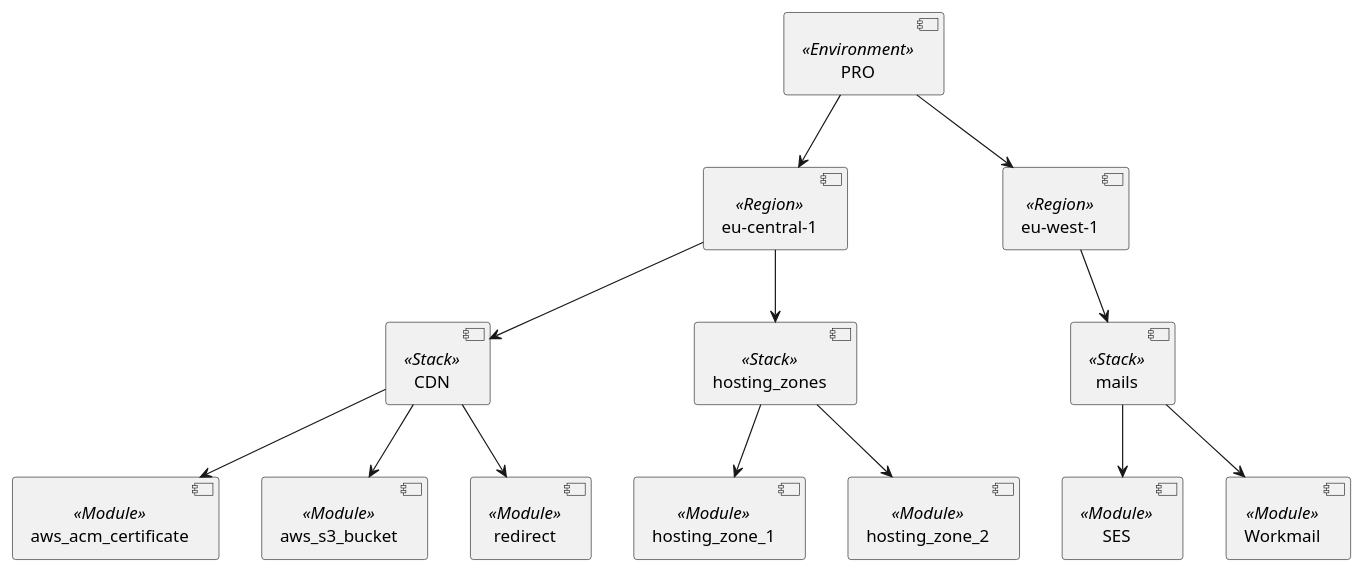
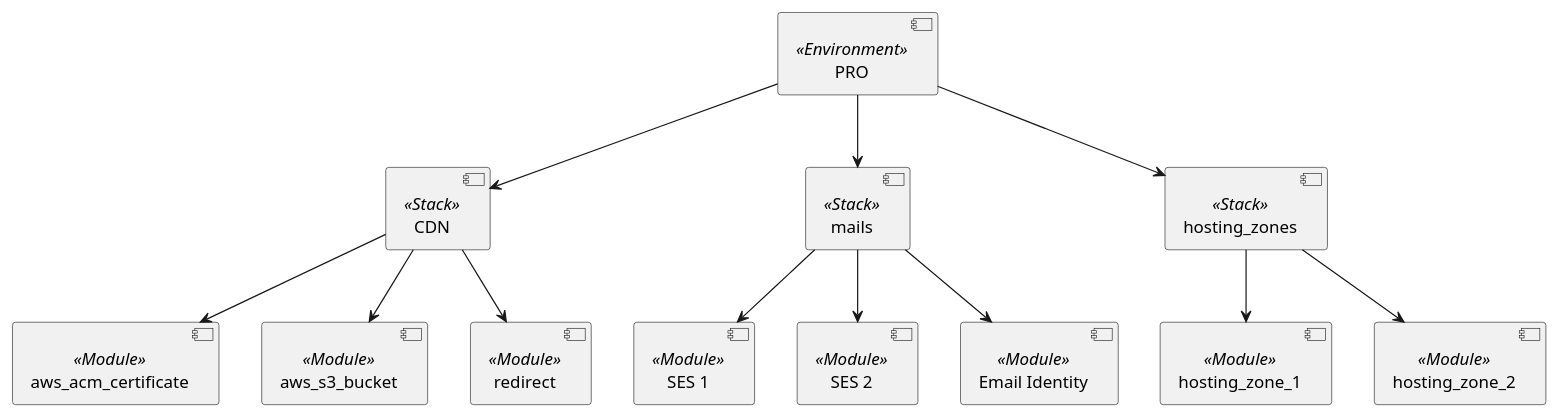
Before and after one commit to copotrzebne-pl/infrastructure: the diagram in diagrams/terraform-structure.puml, drawn with PlantUML. The commit also changed 79 other files, not shown here.

```diff
--- a/diagrams/terraform-structure.puml
+++ b/diagrams/terraform-structure.puml
@@ -1,32 +1,30 @@
 @startuml
-
-component [eu-central-1] <<Region>> as c1
-component [eu-west-1] <<Region>> as e1
 
 component [PRO] <<Environment>> as pro
 
 component [CDN] <<Stack>> as cdn
 component [mails] <<Stack>> as mails
 component [hosting_zones] <<Stack>> as dns
 
 component [aws_acm_certificate] <<Module>> as cert
 component [aws_s3_bucket] <<Module>> as s3
 component [redirect] <<Module>> as redirect
-component [SES] <<Module>> as ses
-component [Workmail] <<Module>> as workmail
+component [SES 1] <<Module>> as ses1
+component [SES 2] <<Module>> as ses2
+component [Email Identity] <<Module>> as email
 component [hosting_zone_1] <<Module>> as zone1
 component [hosting_zone_2] <<Module>> as zone2
 
-pro --> c1
-c1 --> cdn
+pro --> cdn
 cdn --> cert
 cdn --> s3
 cdn --> redirect
-c1 --> dns
+pro --> dns
 dns --> zone1
 dns --> zone2
-pro --> e1
-e1 --> mails
-mails --> ses
-mails --> workmail
+
+pro --> mails
+mails --> ses1
+mails --> ses2
+mails --> email
 @enduml
```
